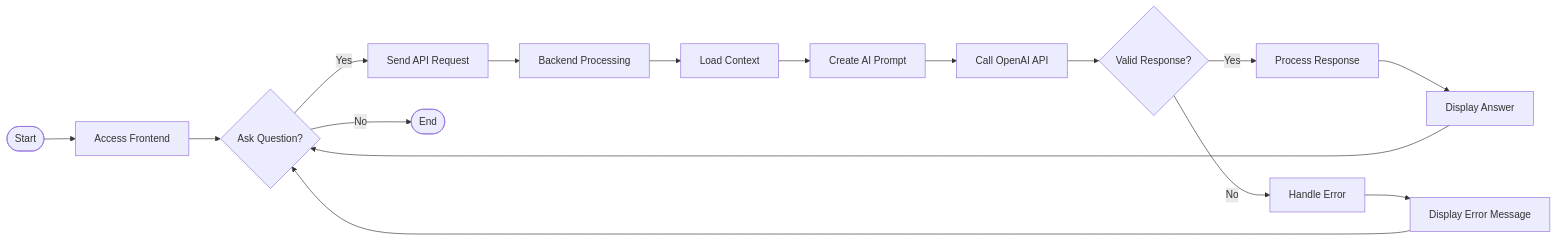
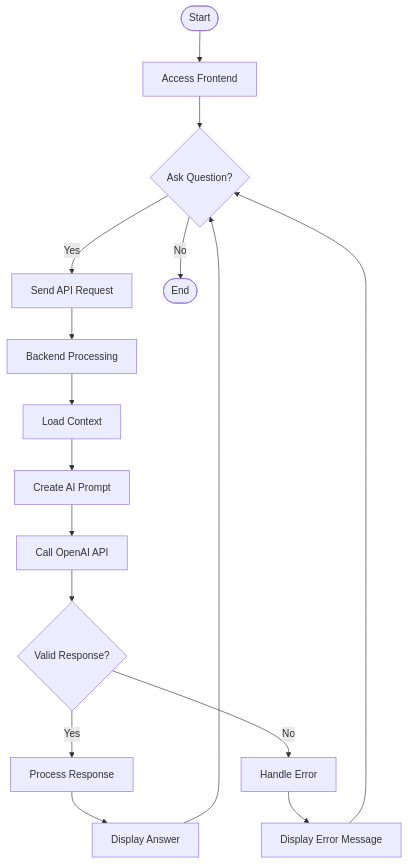
Before and after one commit to HUSAM-07/hacked-the-bot-working-main-main: the diagram in README.md, drawn with Mermaid.

````diff
--- a/README.md
+++ b/README.md
@@ -11,25 +11,25 @@
 ```mermaid
-flowchart LR
+flowchart TD
     Start([Start]) --> Frontend[Access Frontend]
     Frontend --> Question{Ask Question?}
     
     Question -->|Yes| SendRequest[Send API Request]
     SendRequest --> BackendProcess[Backend Processing]
     
     BackendProcess --> LoadContext[Load Context]
     LoadContext --> CreatePrompt[Create AI Prompt]
     CreatePrompt --> CallOpenAI[Call OpenAI API]
     
     CallOpenAI --> ValidResponse{Valid Response?}
     
     ValidResponse -->|Yes| ProcessResponse[Process Response]
     ValidResponse -->|No| ErrorHandler[Handle Error]
     
     ProcessResponse --> DisplayAnswer[Display Answer]
     ErrorHandler --> DisplayError[Display Error Message]
     
     DisplayAnswer --> Question
     DisplayError --> Question
     
     Question -->|No| End([End])
 ```
````
